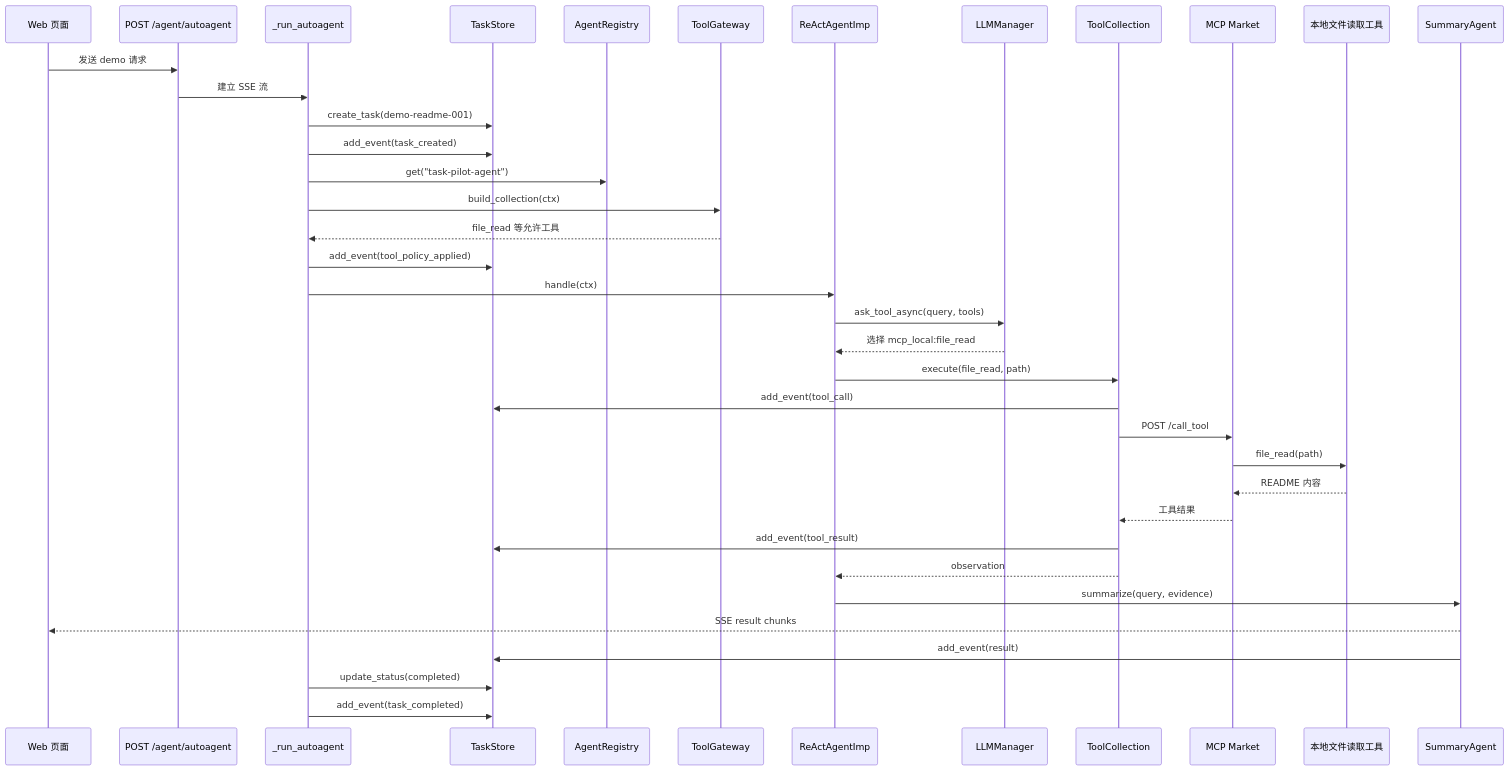
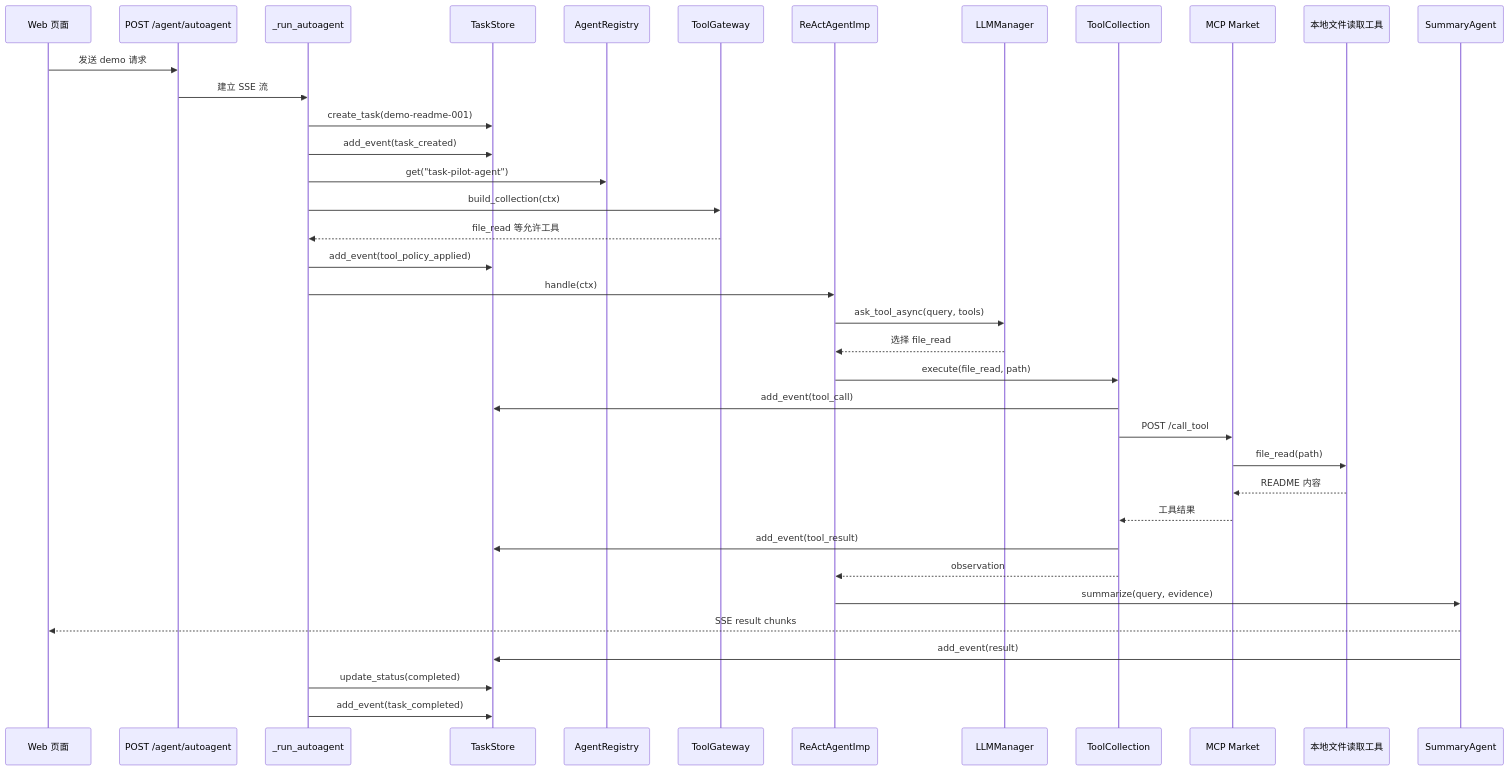
Diagram 18 of 18 in README.zh-CN.md (youkuxiaobin/task-pilot-agent), drawn with Mermaid before and after one commit. The commit also changed other lines of this file and 35 other files, not shown here.

````diff
--- a/README.zh-CN.md
+++ b/README.zh-CN.md
@@ -372,40 +372,40 @@
 ```mermaid
 sequenceDiagram
   participant Browser as Web 页面
   participant API as POST /agent/autoagent
   participant Runner as _run_autoagent
   participant Store as TaskStore
   participant Registry as AgentRegistry
   participant Gateway as ToolGateway
   participant React as ReActAgentImp
   participant LLM as LLMManager
   participant Tools as ToolCollection
   participant Market as MCP Market
   participant MCP as 本地文件读取工具
   participant Summary as SummaryAgent
 
   Browser->>API: 发送 demo 请求
   API->>Runner: 建立 SSE 流
   Runner->>Store: create_task(demo-readme-001)
   Runner->>Store: add_event(task_created)
   Runner->>Registry: get("task-pilot-agent")
   Runner->>Gateway: build_collection(ctx)
   Gateway-->>Runner: file_read 等允许工具
   Runner->>Store: add_event(tool_policy_applied)
   Runner->>React: handle(ctx)
   React->>LLM: ask_tool_async(query, tools)
-  LLM-->>React: 选择 mcp_local:file_read
+  LLM-->>React: 选择 file_read
   React->>Tools: execute(file_read, path)
   Tools->>Store: add_event(tool_call)
   Tools->>Market: POST /call_tool
   Market->>MCP: file_read(path)
   MCP-->>Market: README 内容
   Market-->>Tools: 工具结果
   Tools->>Store: add_event(tool_result)
   Tools-->>React: observation
   React->>Summary: summarize(query, evidence)
   Summary-->>Browser: SSE result chunks
   Summary->>Store: add_event(result)
   Runner->>Store: update_status(completed)
   Runner->>Store: add_event(task_completed)
 ```
````
